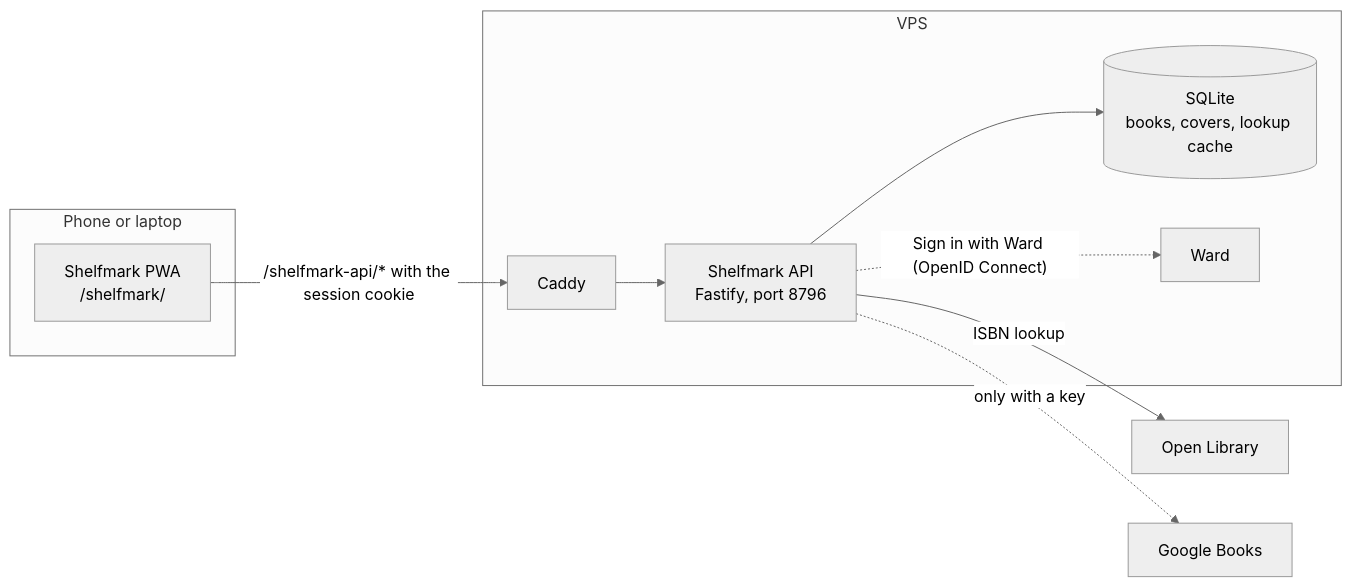
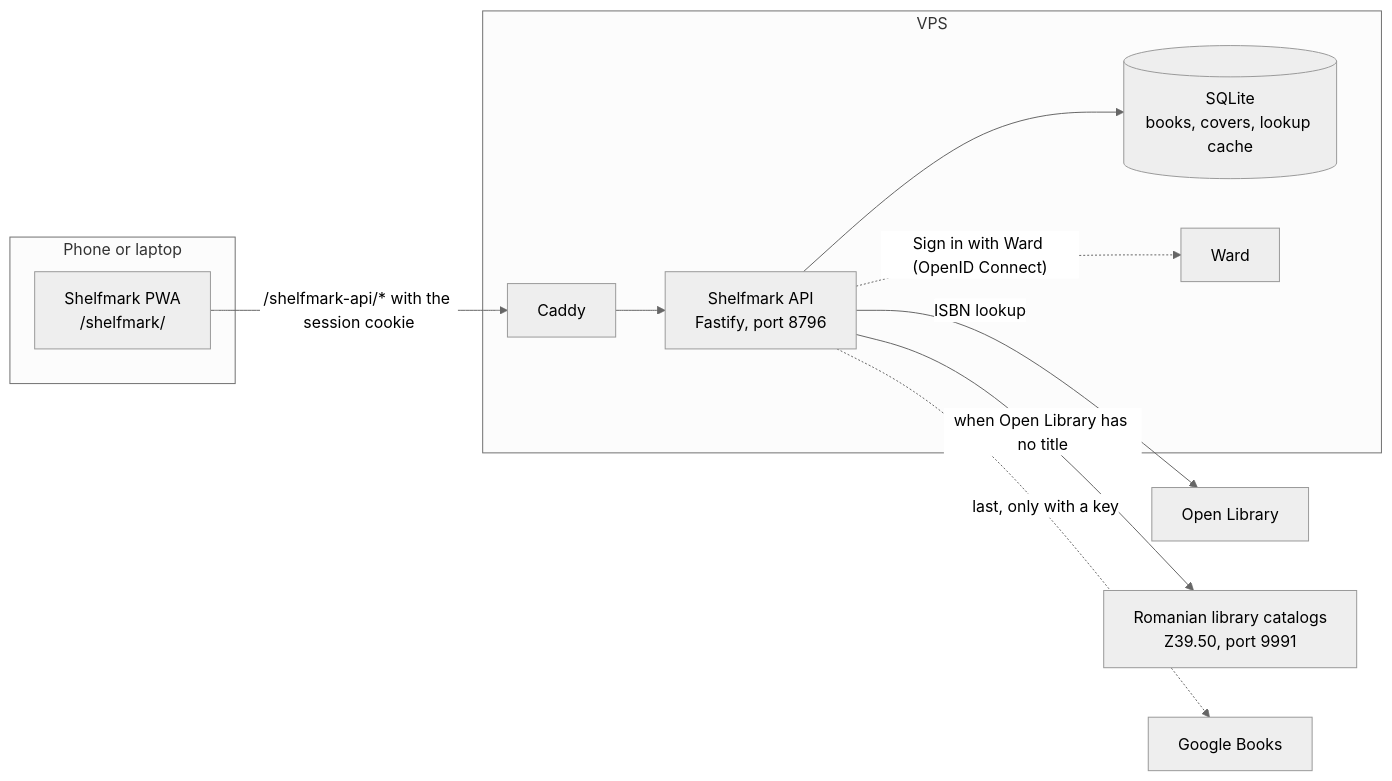
Before and after one commit to gandolh/shelfmark: the diagram in docs/architecture.md, drawn with Mermaid (neutral theme). The commit also changed other lines of this file and 43 other files, not shown here.

First line of the commit message:
Look up Romanian books in three library catalogs over Z39.50

````diff
--- a/docs/architecture.md
+++ b/docs/architecture.md
@@ -15,20 +15,22 @@
 ```mermaid
 flowchart LR
   subgraph device["Phone or laptop"]
     web["Shelfmark PWA<br/>/shelfmark/"]
   end
   subgraph vps["VPS"]
     caddy["Caddy"]
     api["Shelfmark API<br/>Fastify, port 8796"]
     db[("SQLite<br/>books, covers, lookup cache")]
     ward["Ward"]
   end
   ol["Open Library"]
+  libs["Romanian library catalogs<br/>Z39.50, port 9991"]
   gb["Google Books"]
   web -- "/shelfmark-api/* with the session cookie" --> caddy
   caddy --> api
   api --> db
   api -- "ISBN lookup" --> ol
-  api -. "only with a key" .-> gb
+  api -- "when Open Library has no title" --> libs
+  api -. "last, only with a key" .-> gb
   api -. "Sign in with Ward (OpenID Connect)" .-> ward
 ```
````
